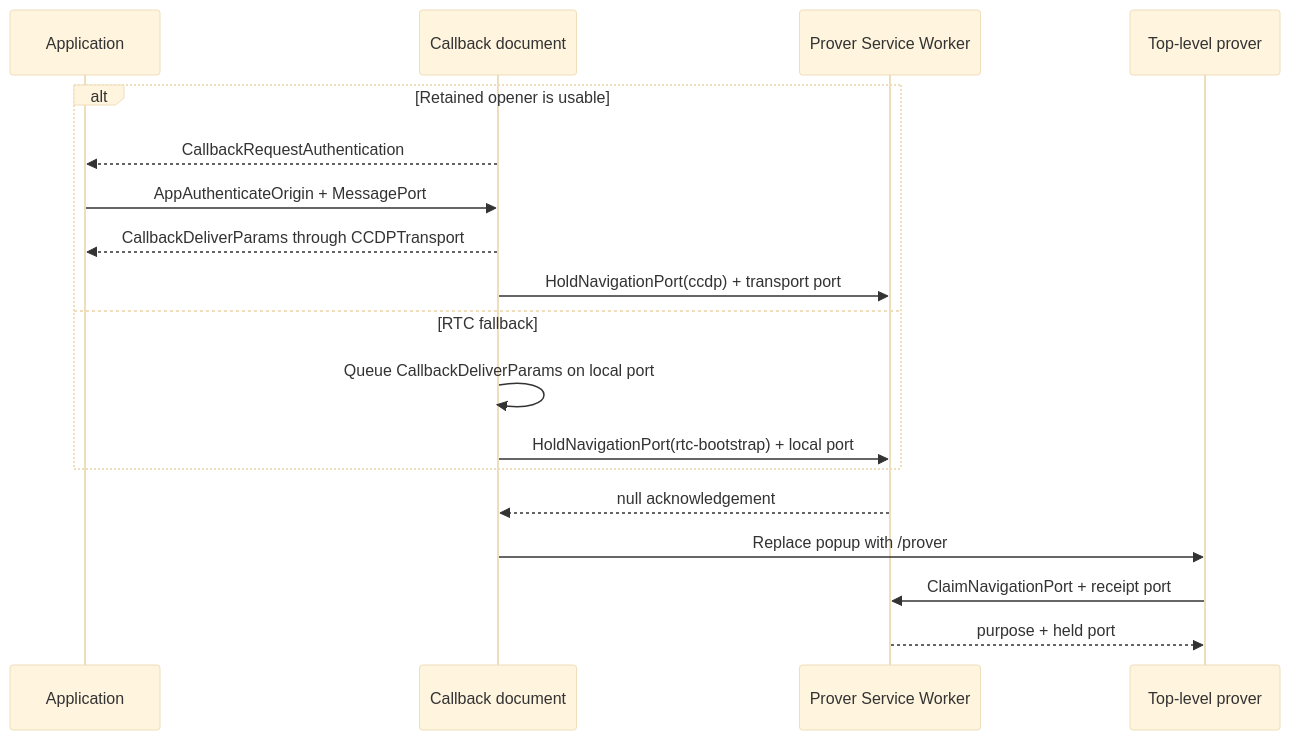
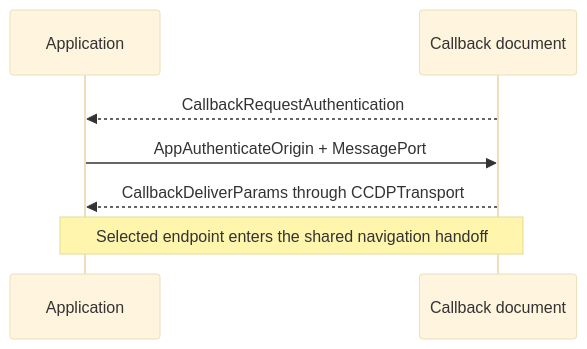
Before and after one commit to libid-org/libid: the diagram in ts/packages/ceremony/CCDP-MESSAGEPORT.md, drawn with Mermaid (base theme). The commit also changed other lines of this file and 7 other files, not shown here.

Commit message:
docs(ceremony): extract navigation handoff

````diff
--- a/ts/packages/ceremony/CCDP-MESSAGEPORT.md
+++ b/ts/packages/ceremony/CCDP-MESSAGEPORT.md
@@ -195,21 +118,10 @@
 ```mermaid
 sequenceDiagram
     participant A as Application
     participant C as Callback document
-    participant S as Prover Service Worker
-    participant P as Top-level prover
 
-    alt Retained opener is usable
-        C-->>A: CallbackRequestAuthentication
-        A->>C: AppAuthenticateOrigin + MessagePort
-        C-->>A: CallbackDeliverParams through CCDPTransport
-        C->>S: HoldNavigationPort(ccdp) + transport port
-    else RTC fallback
-        C->>C: Queue CallbackDeliverParams on local port
-        C->>S: HoldNavigationPort(rtc-bootstrap) + local port
-    end
-    S-->>C: null acknowledgement
-    C->>P: Replace popup with /prover#ceremonyId
-    P->>S: ClaimNavigationPort + receipt port
-    S-->>P: purpose + held port
+    C-->>A: CallbackRequestAuthentication
+    A->>C: AppAuthenticateOrigin + MessagePort
+    C-->>A: CallbackDeliverParams through CCDPTransport
+    Note over A,C: Selected endpoint enters the shared navigation handoff
 ```
````
